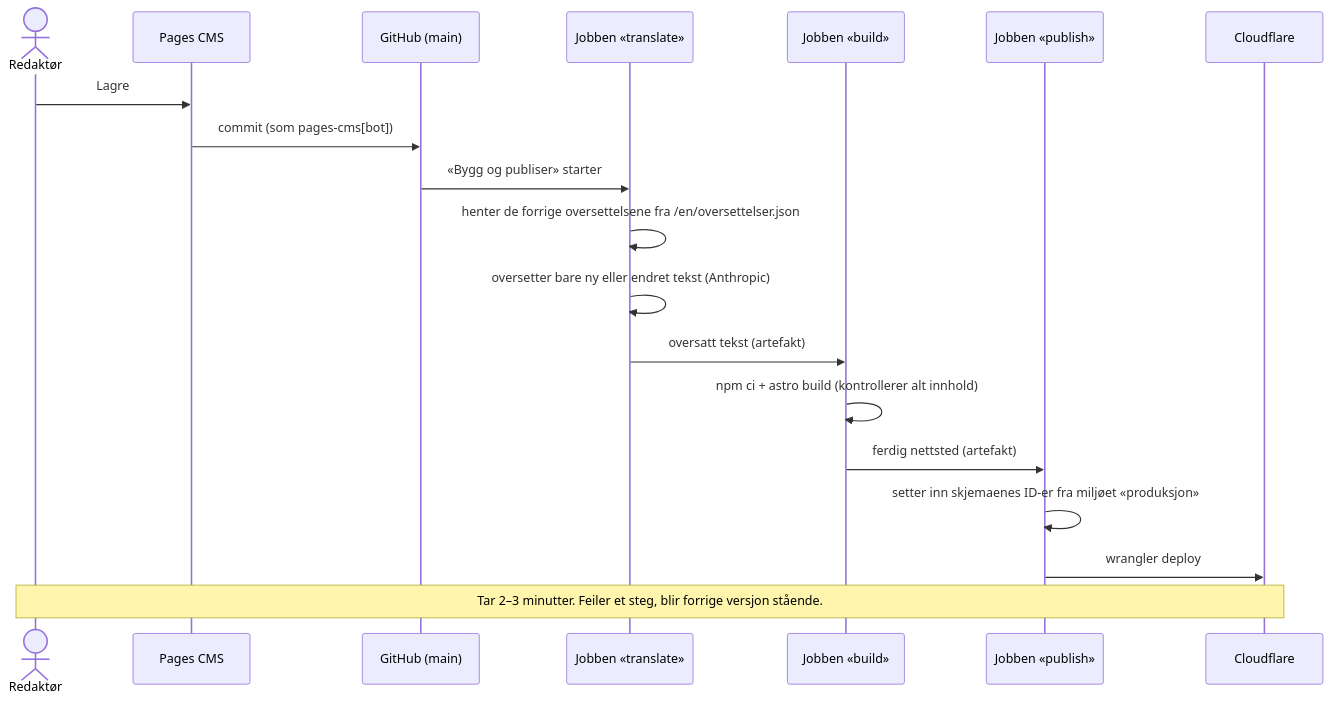
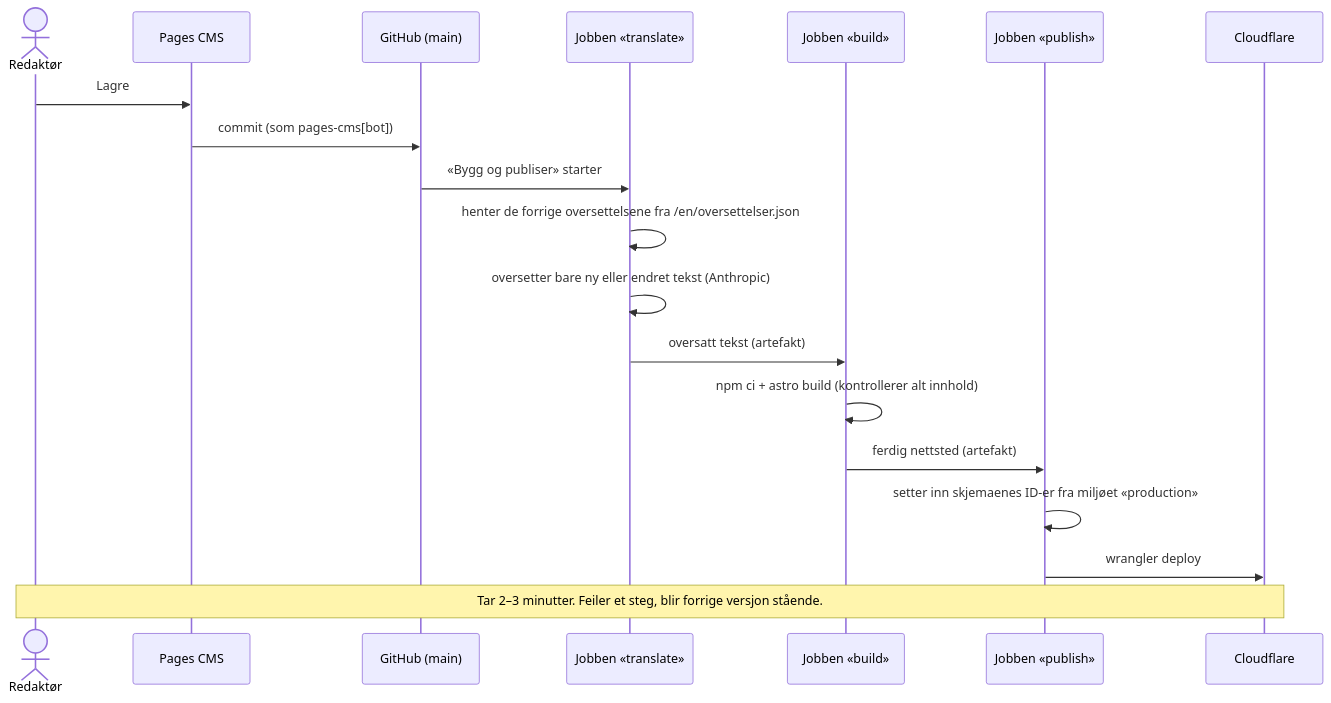
One commit to hpgt-com/hpgt-web changed the second of 3 diagrams in docs/architecture.md. Above: the diagram before and after it, drawn with Mermaid. The commit also changed other lines of this file and 7 other files, not shown here.

````diff
--- a/docs/architecture.md
+++ b/docs/architecture.md
@@ -67,22 +67,22 @@
 ```mermaid
 sequenceDiagram
   actor Ed as Redaktør
   participant CMS as Pages CMS
   participant Repo as GitHub (main)
   participant O as Jobben «translate»
   participant Bg as Jobben «build»
   participant P as Jobben «publish»
   participant CF as Cloudflare
 
   Ed->>CMS: Lagre
   CMS->>Repo: commit (som pages-cms[bot])
   Repo->>O: «Bygg og publiser» starter
   O->>O: henter de forrige oversettelsene fra /en/oversettelser.json
   O->>O: oversetter bare ny eller endret tekst (Anthropic)
   O->>Bg: oversatt tekst (artefakt)
   Bg->>Bg: npm ci + astro build (kontrollerer alt innhold)
   Bg->>P: ferdig nettsted (artefakt)
-  P->>P: setter inn skjemaenes ID-er fra miljøet «produksjon»
+  P->>P: setter inn skjemaenes ID-er fra miljøet «production»
   P->>CF: wrangler deploy
   Note over Ed,CF: Tar 2–3 minutter. Feiler et steg, blir forrige versjon stående.
 ```
````
